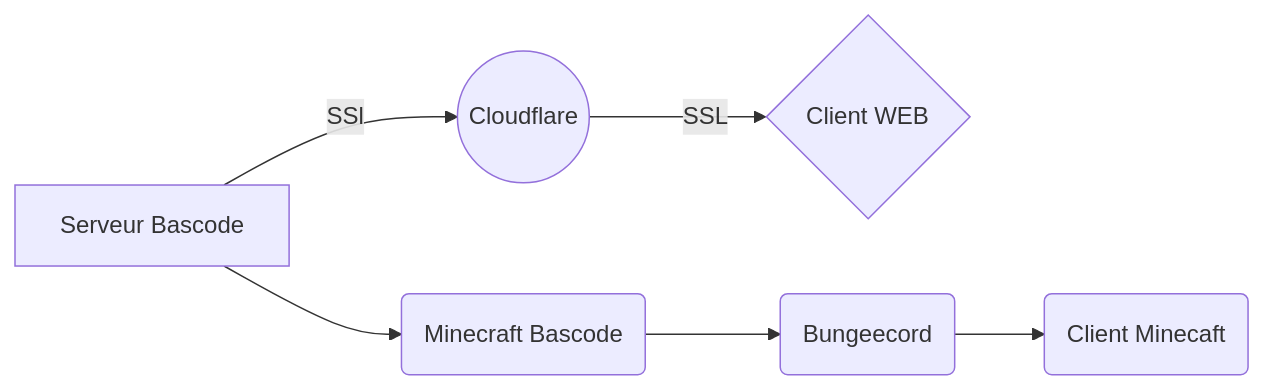
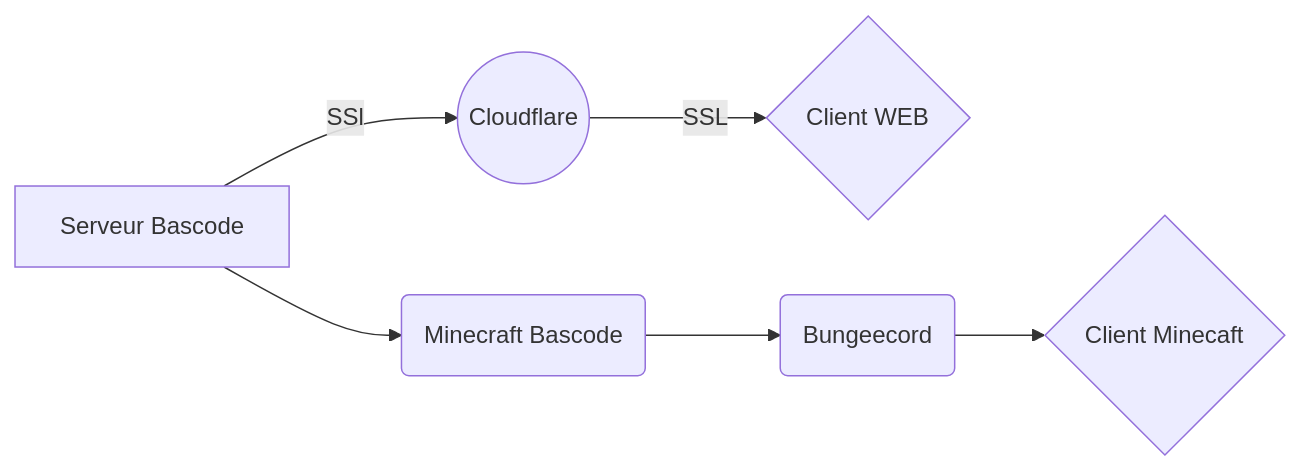
One commit to BascodeFR/bascode-tasklist changed the diagram in README.md. Above: the diagram before and after it, drawn with Mermaid.

````diff
--- a/README.md
+++ b/README.md
@@ -15,9 +15,9 @@
 ```mermaid
 graph LR
 serv[Serveur Bascode] -- SSl  --> Cloudflare((Cloudflare))
 Cloudflare  -- SSL --> Client{Client WEB}
 
 serv --> C(Minecraft Bascode)
 C --> Bungee(Bungeecord)
-Bungee --> CM(Client Minecaft)
+Bungee --> CM{Client Minecaft}
 ``` 
````
